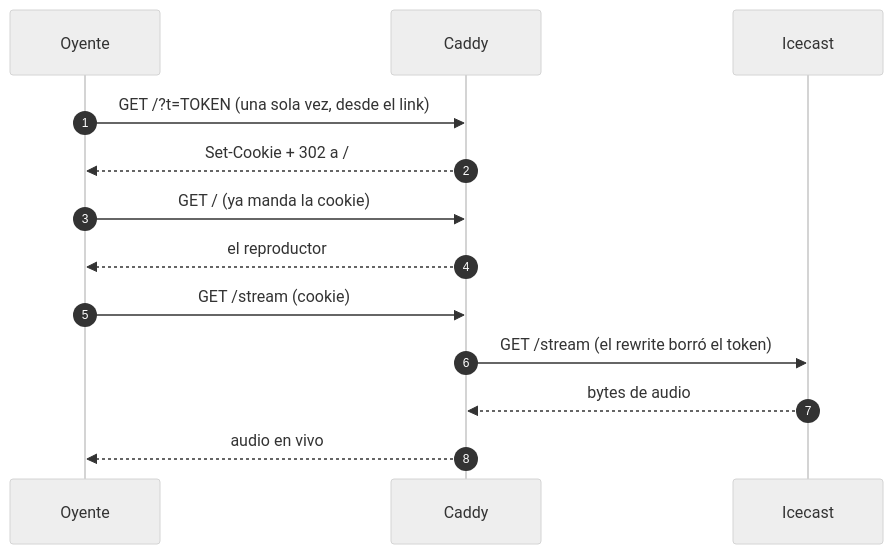
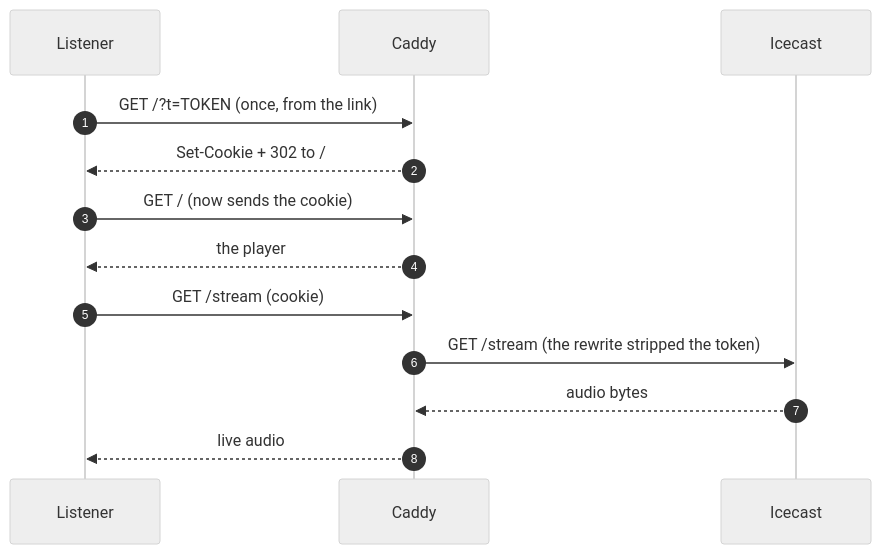
Before and after one commit to The-Replacement/radio: the second of 2 diagrams in README.md, drawn with Mermaid (neutral theme). The commit also changed other lines of this file and 1 other file, not shown here.

````diff
--- a/README.md
+++ b/README.md
@@ -160,16 +179,16 @@
 ```mermaid
 sequenceDiagram
     autonumber
-    participant O as Oyente
+    participant O as Listener
     participant C as Caddy
     participant I as Icecast
 
-    O->>C: GET /?t=TOKEN   (una sola vez, desde el link)
-    C-->>O: Set-Cookie + 302 a /
-    O->>C: GET /   (ya manda la cookie)
-    C-->>O: el reproductor
+    O->>C: GET /?t=TOKEN   (once, from the link)
+    C-->>O: Set-Cookie + 302 to /
+    O->>C: GET /   (now sends the cookie)
+    C-->>O: the player
     O->>C: GET /stream   (cookie)
-    C->>I: GET /stream   (el rewrite borró el token)
-    I-->>C: bytes de audio
-    C-->>O: audio en vivo
+    C->>I: GET /stream   (the rewrite stripped the token)
+    I-->>C: audio bytes
+    C-->>O: live audio
 ```
````
